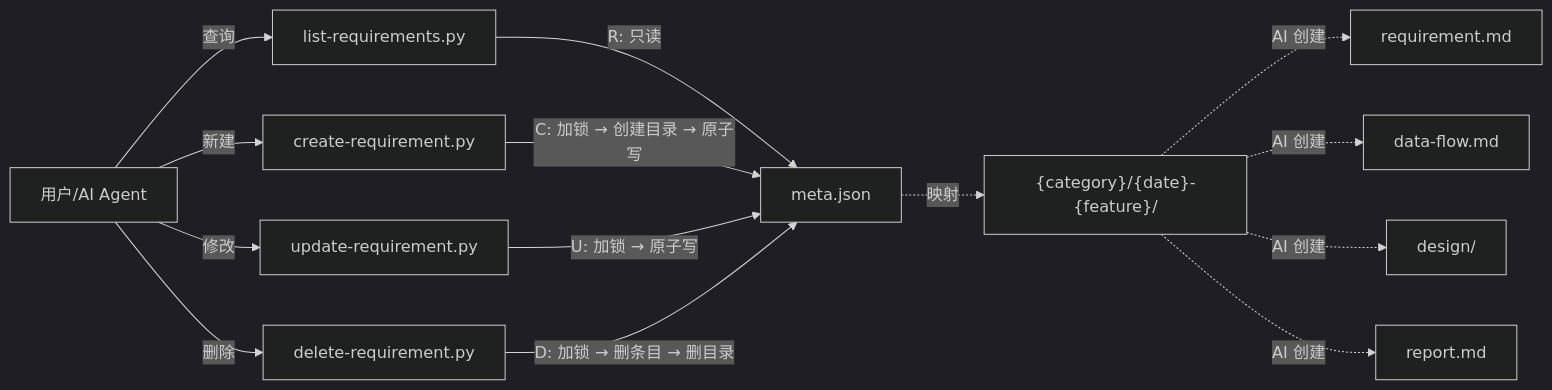
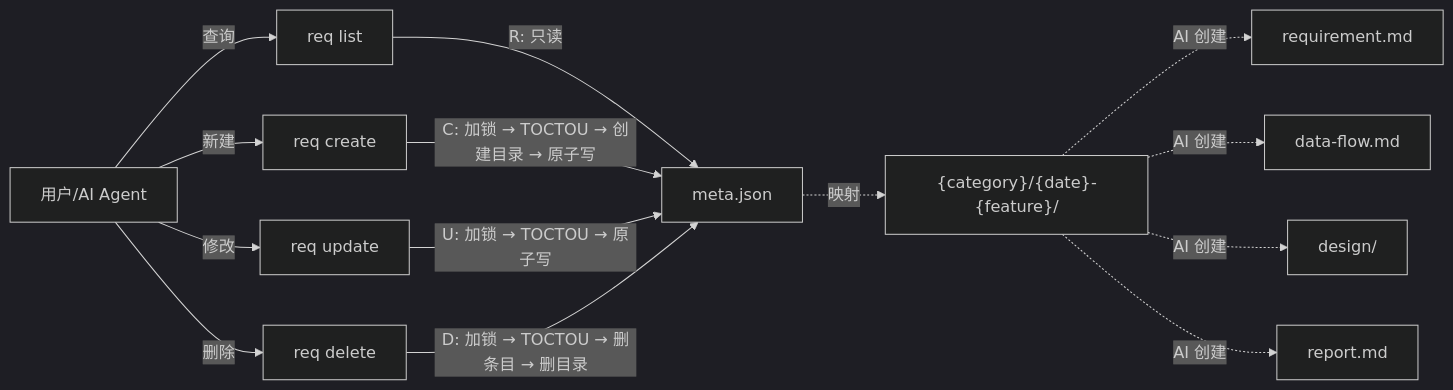
Before and after one commit to HACK-WU/skills: the fifth of 6 diagrams in docs/requirement-mgr-guide.md, drawn with Mermaid (dark theme). The commit also changed other lines of this file and 10 other files, not shown here.

````diff
--- a/docs/requirement-mgr-guide.md
+++ b/docs/requirement-mgr-guide.md
@@ -598,18 +678,18 @@
 ```mermaid
 flowchart LR
-    User["用户/AI Agent"] -->|查询| list["list-requirements.py"]
-    User -->|新建| create["create-requirement.py"]
-    User -->|修改| update["update-requirement.py"]
-    User -->|删除| delete["delete-requirement.py"]
+    User["用户/AI Agent"] -->|查询| list["req list"]
+    User -->|新建| create["req create"]
+    User -->|修改| update["req update"]
+    User -->|删除| delete["req delete"]
     
     list -->|"R: 只读"| Meta["meta.json"]
-    create -->|"C: 加锁 → 创建目录 → 原子写"| Meta
-    update -->|"U: 加锁 → 原子写"| Meta
-    delete -->|"D: 加锁 → 删条目 → 删目录"| Meta
+    create -->|"C: 加锁 → TOCTOU → 创建目录 → 原子写"| Meta
+    update -->|"U: 加锁 → TOCTOU → 原子写"| Meta
+    delete -->|"D: 加锁 → TOCTOU → 删条目 → 删目录"| Meta
     
     Meta -.->|映射| RequirementDir["{category}/{date}-{feature}/"]
     RequirementDir -.->|AI 创建| requirement_md["requirement.md"]
     RequirementDir -.->|AI 创建| data_flow["data-flow.md"]
     RequirementDir -.->|AI 创建| Design["design/"]
     RequirementDir -.->|AI 创建| Report["report.md"]
 ```
````
